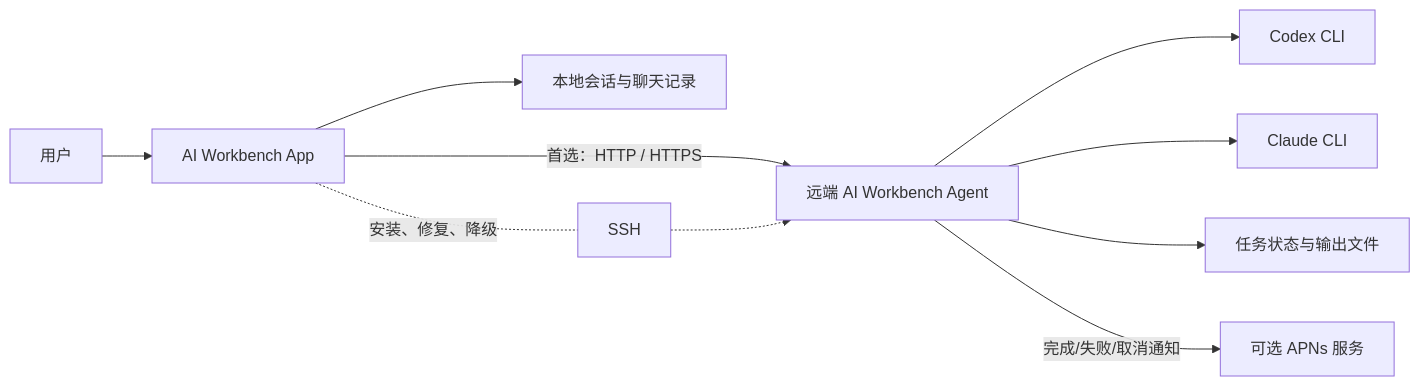
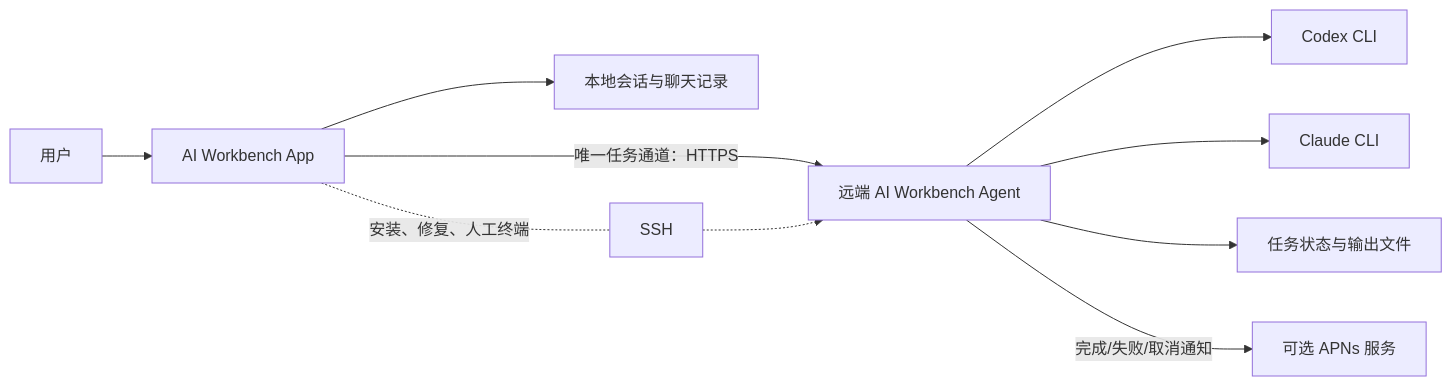
One commit to chaokongzwp/ai-workbench changed the first of 2 diagrams in docs/current-system-logic.md. Above: the diagram before and after it, drawn with Mermaid. The commit also changed other lines of this file and 50 other files, not shown here.

Commit message:
refactor: require Agent HTTPS task execution

````diff
--- a/docs/current-system-logic.md
+++ b/docs/current-system-logic.md
@@ -17,12 +17,12 @@
 ```mermaid
 flowchart LR
     U[用户] --> A[AI Workbench App]
     A --> L[本地会话与聊天记录]
-    A -->|首选：HTTP / HTTPS| G[远端 AI Workbench Agent]
-    A -.安装、修复、降级.- S[SSH]
+    A -->|唯一任务通道：HTTPS| G[远端 AI Workbench Agent]
+    A -.安装、修复、人工终端.- S[SSH]
     S -.-> G
     G --> C[Codex CLI]
     G --> H[Claude CLI]
     G --> T[任务状态与输出文件]
     G -->|完成/失败/取消通知| P[可选 APNs 服务]
 ```
````
